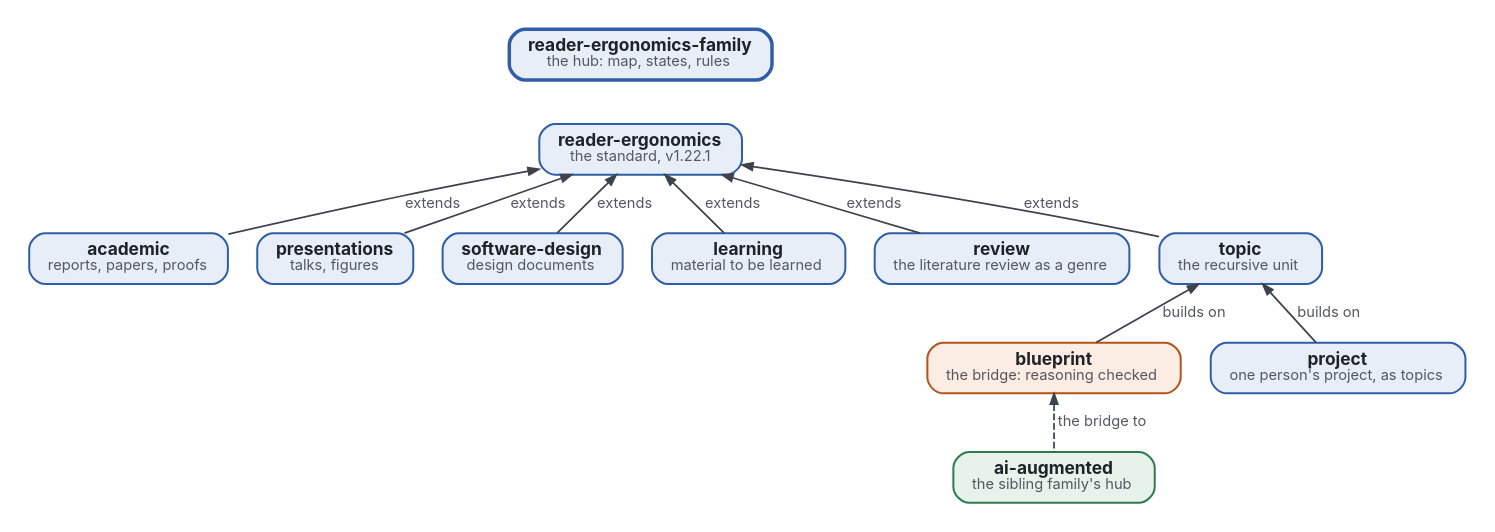
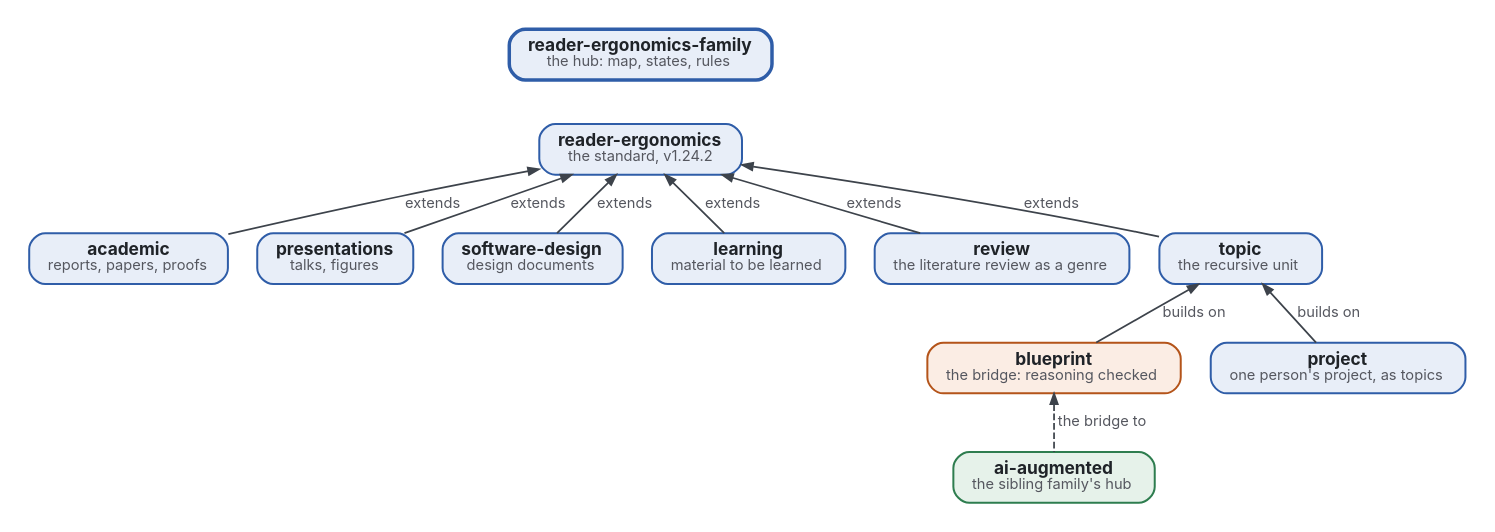
One commit to Tewf/reader-ergonomics-family changed the diagram in map.dot. Above: the diagram before and after it, drawn with Graphviz. The commit also changed 16 other files, not shown here.

First line of the commit message:
Pin reader-ergonomics v1.24.2

```diff
--- a/map.dot
+++ b/map.dot
@@ -1,30 +1,30 @@
 // The map of the reader-ergonomics family. Colours: the family blue, the sibling family green, the bridge orange,
 // each kind named in its box; this page, the hub, has the thick border and nothing points to it.
 digraph map {
   graph [rankdir=TB, nodesep=0.3, ranksep=0.45, bgcolor="white", pad=0.2, fontname="Inter", newrank=true];
   node  [shape=box, style="rounded,filled", fontname="Inter", fontsize=13, margin="0.2,0.1", penwidth=1.5, fontcolor="#1F2328"];
   edge  [fontname="Inter", fontsize=11, color="#3D434B", fontcolor="#55575F", penwidth=1.3, arrowsize=0.8];
   HUB [label=<<b>reader-ergonomics-family</b><br/><font point-size="11" color="#55575F">the hub: map, states, rules</font>>, fillcolor="#E8EEF8", color="#2F5DA8", penwidth=2.6];
-  RE [label=<<b>reader-ergonomics</b><br/><font point-size="11" color="#55575F">the standard, v1.22.1</font>>, fillcolor="#E8EEF8", color="#2F5DA8"];
+  RE [label=<<b>reader-ergonomics</b><br/><font point-size="11" color="#55575F">the standard, v1.24.2</font>>, fillcolor="#E8EEF8", color="#2F5DA8"];
   AC [label=<<b>academic</b><br/><font point-size="11" color="#55575F">reports, papers, proofs</font>>, fillcolor="#E8EEF8", color="#2F5DA8"];
   PR [label=<<b>presentations</b><br/><font point-size="11" color="#55575F">talks, figures</font>>, fillcolor="#E8EEF8", color="#2F5DA8"];
   SD [label=<<b>software-design</b><br/><font point-size="11" color="#55575F">design documents</font>>, fillcolor="#E8EEF8", color="#2F5DA8"];
   LE [label=<<b>learning</b><br/><font point-size="11" color="#55575F">material to be learned</font>>, fillcolor="#E8EEF8", color="#2F5DA8"];
   RV [label=<<b>review</b><br/><font point-size="11" color="#55575F">the literature review as a genre</font>>, fillcolor="#E8EEF8", color="#2F5DA8"];
   T  [label=<<b>topic</b><br/><font point-size="11" color="#55575F">the recursive unit</font>>, fillcolor="#E8EEF8", color="#2F5DA8"];
   BP [label=<<b>blueprint</b><br/><font point-size="11" color="#55575F">the bridge: reasoning checked</font>>, fillcolor="#FBEDE4", color="#B4541A"];
   P  [label=<<b>project</b><br/><font point-size="11" color="#55575F">one person's project, as topics</font>>, fillcolor="#E8EEF8", color="#2F5DA8"];
   AI [label=<<b>ai-augmented</b><br/><font point-size="11" color="#55575F">the sibling family's hub</font>>, fillcolor="#E6F2EA", color="#2E7D4F"];
   HUB -> RE [style=invis];
   RE -> AC [dir=back, label=" extends"];
   RE -> PR [dir=back, label=" extends"];
   RE -> SD [dir=back, label=" extends"];
   RE -> LE [dir=back, label=" extends"];
   RE -> T [dir=back, label=" extends"];
   RE -> RV [dir=back, label=" extends"];
   T -> BP [dir=back, label=" builds on"];
   T -> P [dir=back, label=" builds on"];
   BP -> AI [dir=back, style=dashed, label=" the bridge to"];
   {rank=same; AC; PR; SD; LE; T; RV}
   {rank=same; BP; P}
 }
```
